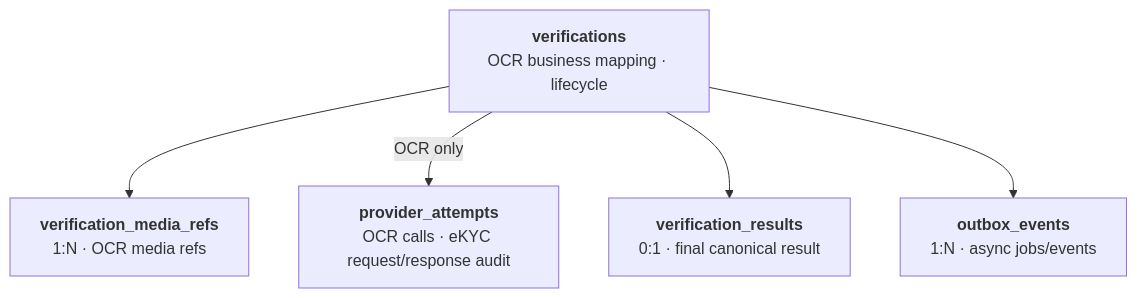
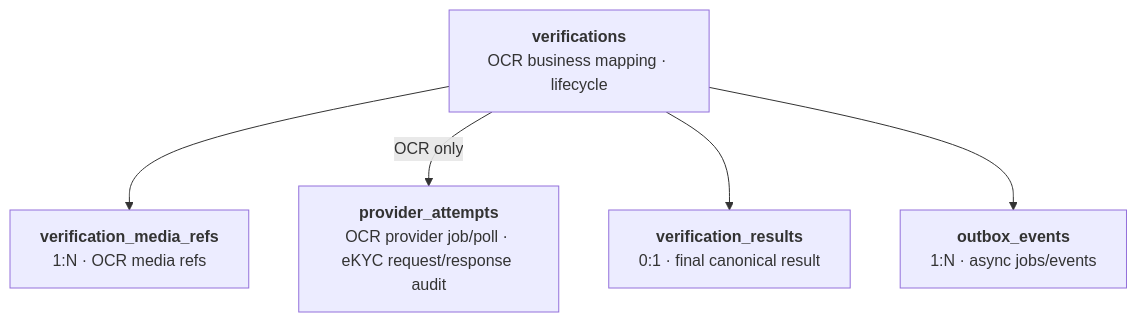
The seventh of 7 diagrams in noxh-ekyc.md (huynv-xyz/vhm), drawn with Mermaid before and after one commit. The commit also changed other lines of this file, not shown here.

````diff
--- a/noxh-ekyc.md
+++ b/noxh-ekyc.md
@@ -495,18 +536,18 @@
 ```mermaid
 flowchart TB
     VERIFICATION["`**verifications**
 OCR business mapping · lifecycle`"]
     MEDIA["`**verification_media_refs**
 1:N · OCR media refs`"]
     ATTEMPT["`**provider_attempts**
-OCR calls · eKYC request/response audit`"]
+OCR provider job/poll · eKYC request/response audit`"]
     RESULT["`**verification_results**
 0:1 · final canonical result`"]
     OUTBOX["`**outbox_events**
 1:N · async jobs/events`"]
 
     VERIFICATION --> MEDIA
     VERIFICATION -->|"OCR only"| ATTEMPT
     VERIFICATION --> RESULT
     VERIFICATION --> OUTBOX
 ```
````
